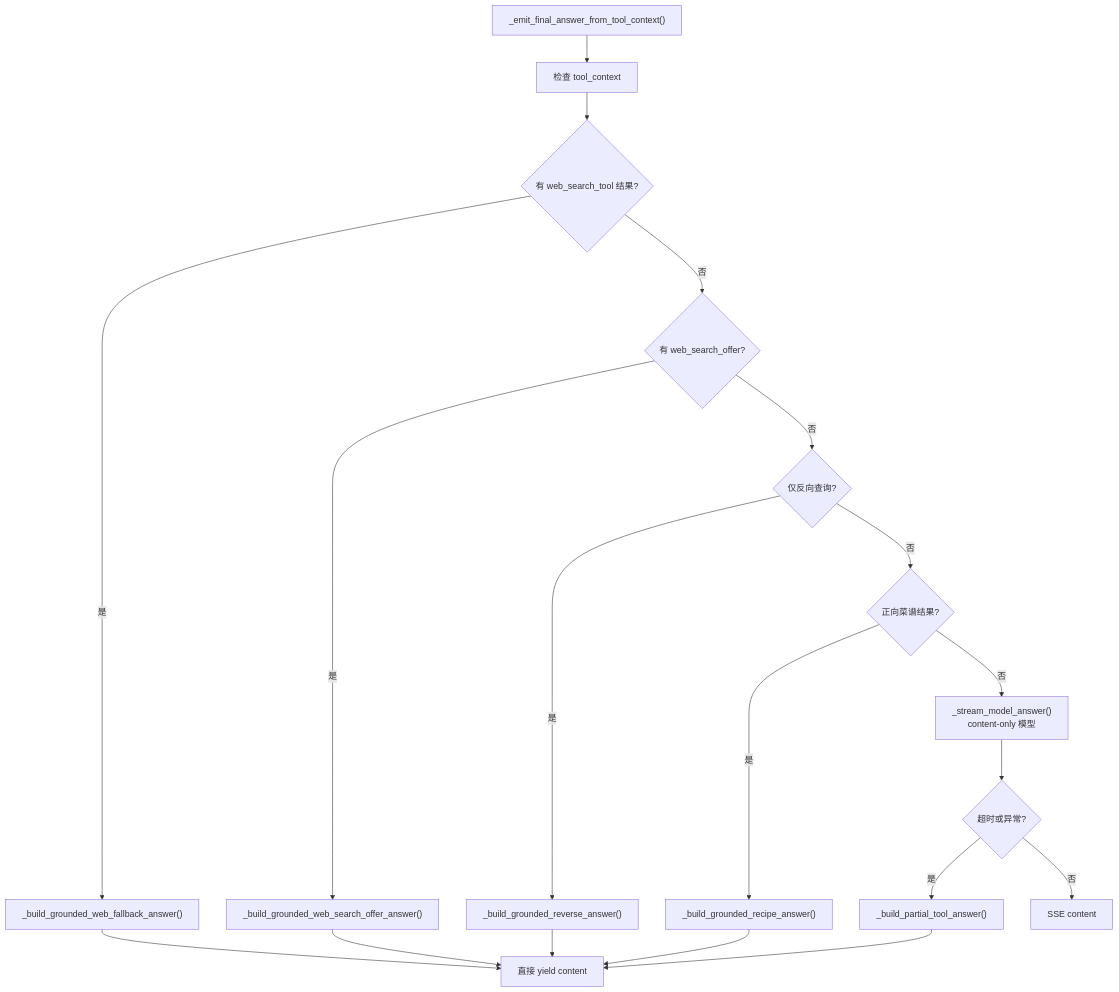
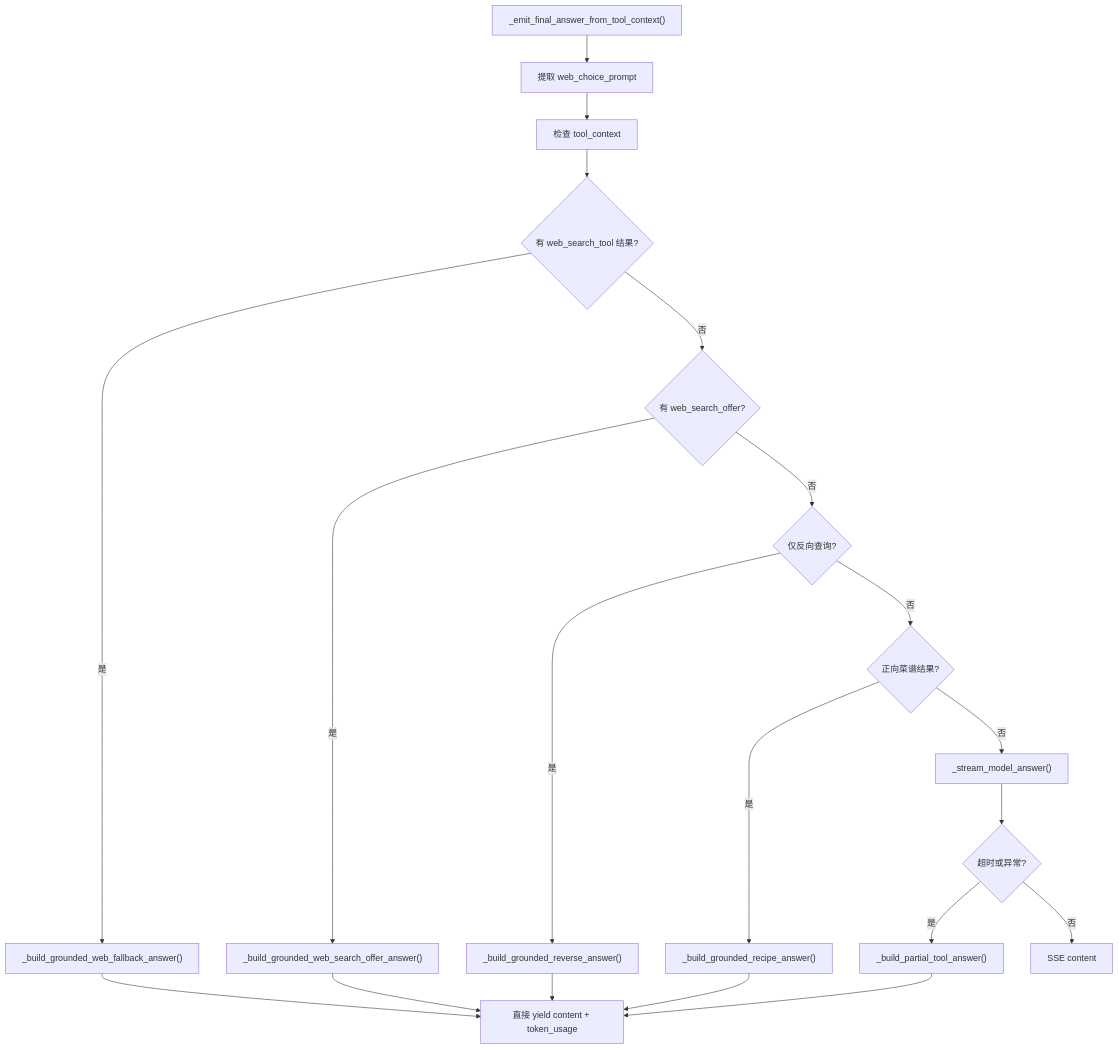
Before and after one commit to QDcvd/CookGraph: the sixth of 7 diagrams in doc/USER_MESSAGE_CALL_CHAIN.md, drawn with Mermaid. The commit also changed other lines of this file and 18 other files, not shown here.

First line of the commit message:
Clarification Gate + Context Followup + 知识图谱更新

````diff
--- a/doc/USER_MESSAGE_CALL_CHAIN.md
+++ b/doc/USER_MESSAGE_CALL_CHAIN.md
@@ -262,26 +221,19 @@
 ```mermaid
 flowchart TD
-    A["_emit_final_answer_from_tool_context()"] --> B["检查 tool_context"]
+    A["_emit_final_answer_from_tool_context()"] --> A1["提取 web_choice_prompt"]
+    A1 --> B["检查 tool_context"]
 
     B --> C{"有 web_search_tool 结果?"}
     C -->|是| D["_build_grounded_web_fallback_answer()"]
-    D --> E["直接 yield content"]
-
-    C -->|否| F{"有 web_search_offer?"}
-    F -->|是| G["_build_grounded_web_search_offer_answer()"]
-    G --> E
-
-    F -->|否| H{"仅反向查询?"}
-    H -->|是| I["_build_grounded_reverse_answer()"]
-    I --> E
-
-    H -->|否| J{"正向菜谱结果?"}
-    J -->|是| K["_build_grounded_recipe_answer()"]
-    K --> E
-
-    J -->|否| L["_stream_model_answer()<br/>content-only 模型"]
-    L --> M{"超时或异常?"}
-    M -->|是| N["_build_partial_tool_answer()"]
-    N --> E
-    M -->|否| O["SSE content"]
+    C -->|否| E{"有 web_search_offer?"}
+    E -->|是| F["_build_grounded_web_search_offer_answer()"]
+    E -->|否| G{"仅反向查询?"}
+    G -->|是| H["_build_grounded_reverse_answer()"]
+    G -->|否| I{"正向菜谱结果?"}
+    I -->|是| J["_build_grounded_recipe_answer()"]
+    I -->|否| K["_stream_model_answer()"]
+    K --> L{"超时或异常?"}
+    L -->|是| M["_build_partial_tool_answer()"]
+    D --> N["直接 yield content + token_usage"]
+    F --> N; H --> N; J --> N; M --> N; L -->|否| O["SSE content"]
 ```
````
